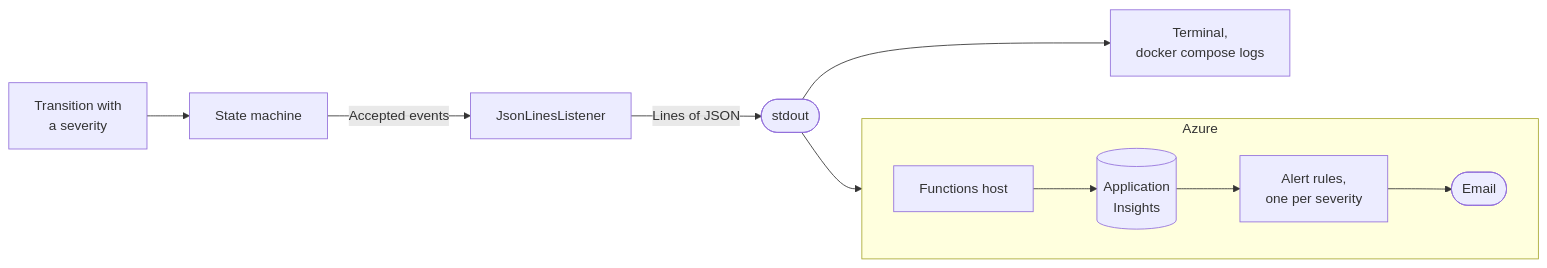
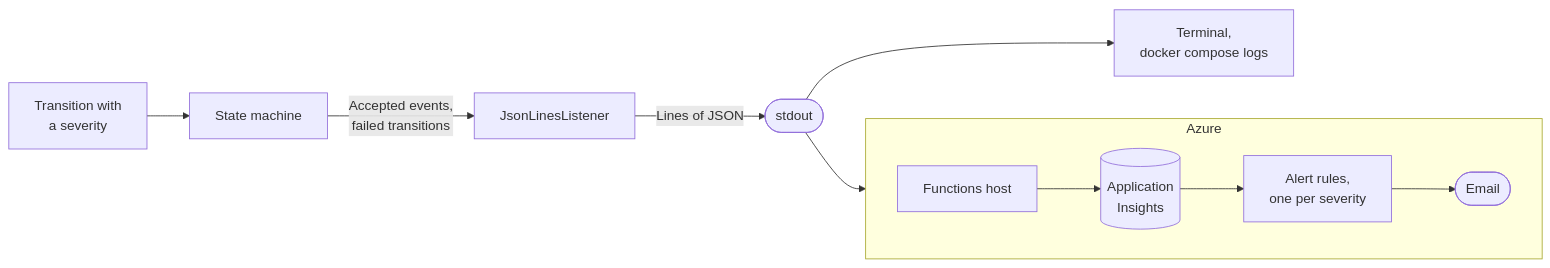
One commit to the-backend-project/tits changed the diagram in docs/monitoring.md. Above: the diagram before and after it, drawn with Mermaid. The commit also changed other lines of this file and 10 other files, not shown here.

````diff
--- a/docs/monitoring.md
+++ b/docs/monitoring.md
@@ -8,14 +8,14 @@
 ```mermaid
 flowchart LR
     transition["Transition with<br>a severity"] --> sm[State machine]
-    sm -- "Accepted events" --> listener[JsonLinesListener]
+    sm -- "Accepted events,<br>failed transitions" --> listener[JsonLinesListener]
     listener -- "Lines of JSON" --> stdout([stdout])
     stdout --> local["Terminal,<br>docker compose logs"]
     stdout --> host
     subgraph azure [Azure]
         direction LR
         host[Functions host] --> insights[("Application<br>Insights")]
         insights --> rules["Alert rules,<br>one per severity"]
         rules --> email([Email])
     end
 ```
````
